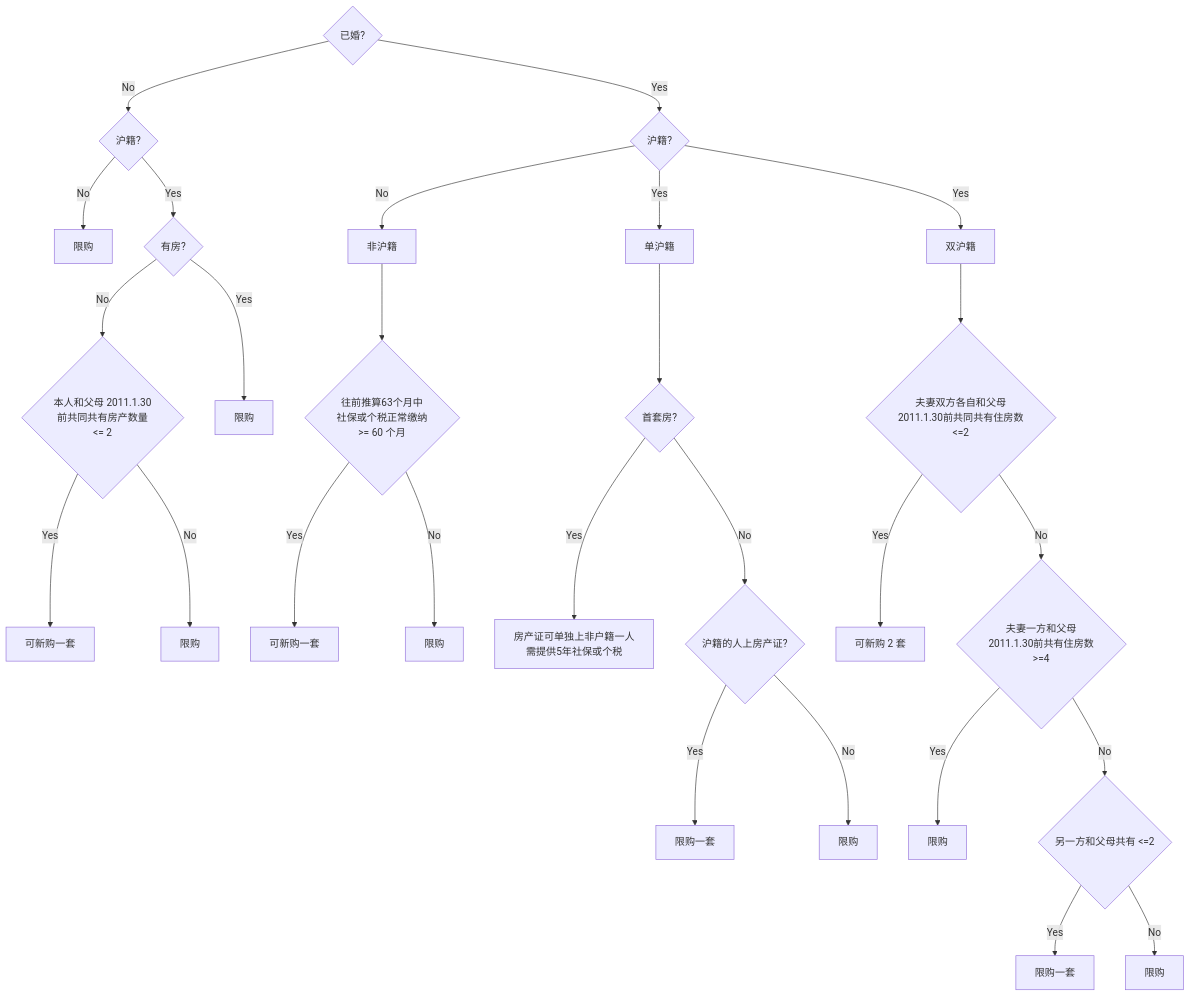
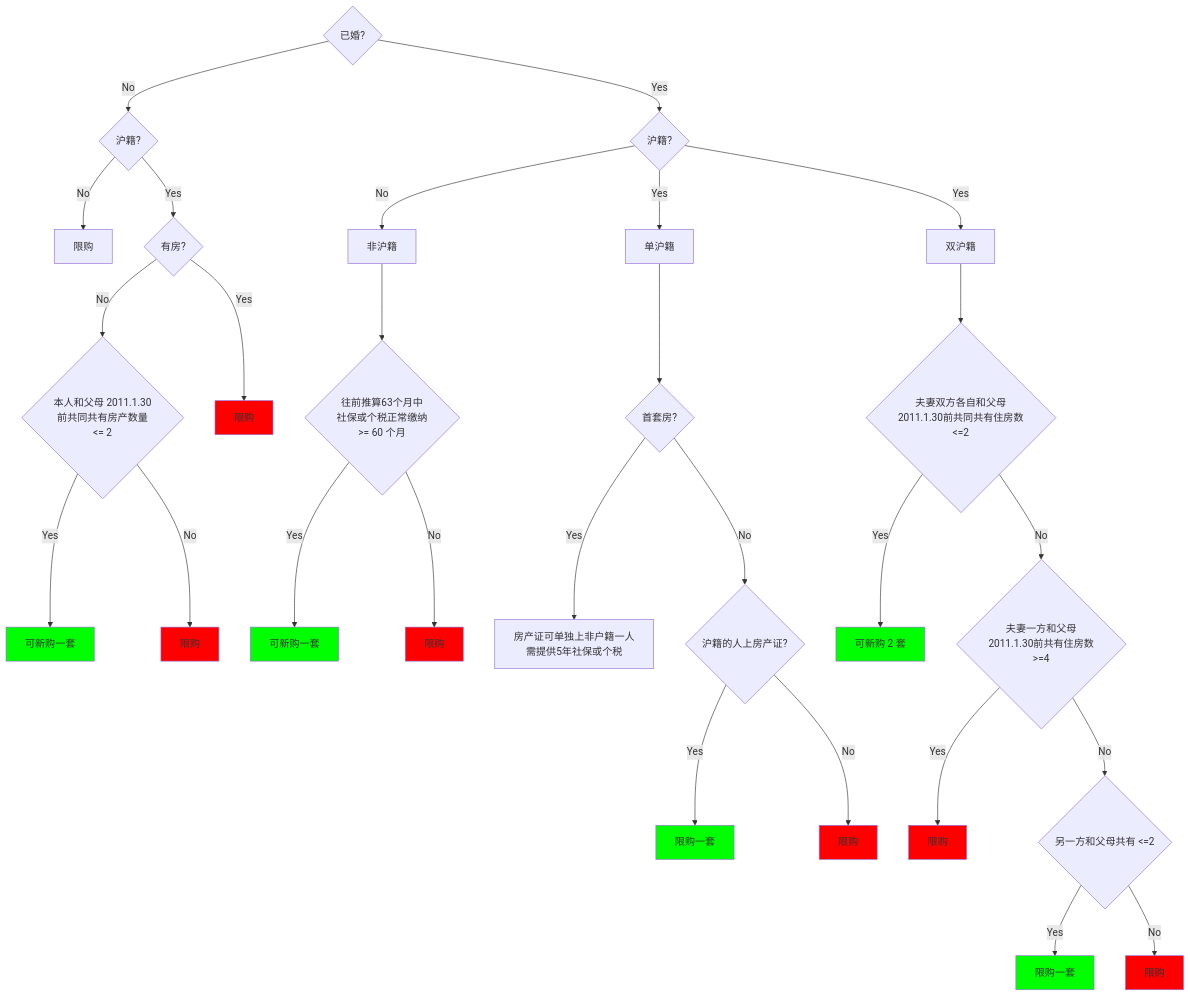
The diagram in docs/购房资格.md (junxnone/F), drawn with Mermaid before and after one commit. The commit also changed other lines of this file, not shown here.

Commit message:
Add new comment

````diff
--- a/docs/购房资格.md
+++ b/docs/购房资格.md
@@ -12,34 +12,39 @@
 ```mermaid
 graph TD
+    classDef rclass fill:#ff0000;
+    classDef gclass fill:#00ff00;
+
     A{已婚?} --> |No| B1{沪籍?}
     B1 --> |No| B11[限购]
     B1 --> |Yes| B12{有房?}
     B12 --> |No| B122{本人和父母 2011.1.30<br> 前共同共有房产数量 <br><= 2}
     B122 --> |Yes| B1221[可新购一套]
     B122 --> |No| B1222[限购]
     B12 --> |Yes| B121[限购]
 
     A --> |Yes|B2{沪籍?}
     B2 --> |Yes| B21[双沪籍]
     B2 --> |Yes| B22[单沪籍]
     B2 --> |No| B23[非沪籍]
     
     B23 --> B231{往前推算63个月中<br>社保或个税正常缴纳<br> >= 60 个月}
     B231 --> |Yes| B2311[可新购一套]
     B231 --> |No| B2312[限购]
 
     B22 --> B221{首套房?}
     B221 --> |Yes| B2211[房产证可单独上非户籍一人<br>需提供5年社保或个税]
     B221 --> |No| B2212{沪籍的人上房产证?}
     B2212 --> |Yes| B22121[限购一套]
     B2212 --> |No| B22122[限购]
     
     B21 --> B211{夫妻双方各自和父母<br>2011.1.30前共同共有住房数<br><=2}
     B211 --> |Yes| B2111[可新购 2 套]
     B211 --> |No| B2112{夫妻一方和父母<br>2011.1.30前共有住房数<br> >=4}
     B2112 --> |Yes| B21121[限购]
     B2112 --> |No| B21122{另一方和父母共有 <=2}
     B21122 --> |Yes| B211221[限购一套]
     B21122 --> |No| B211222[限购]
+    class B1222,B121,B2312,B22122,B21121,B211222 rclass
+    class B1221,B2311,B22121,B2111,B211221 gclass
     
 ```
````
